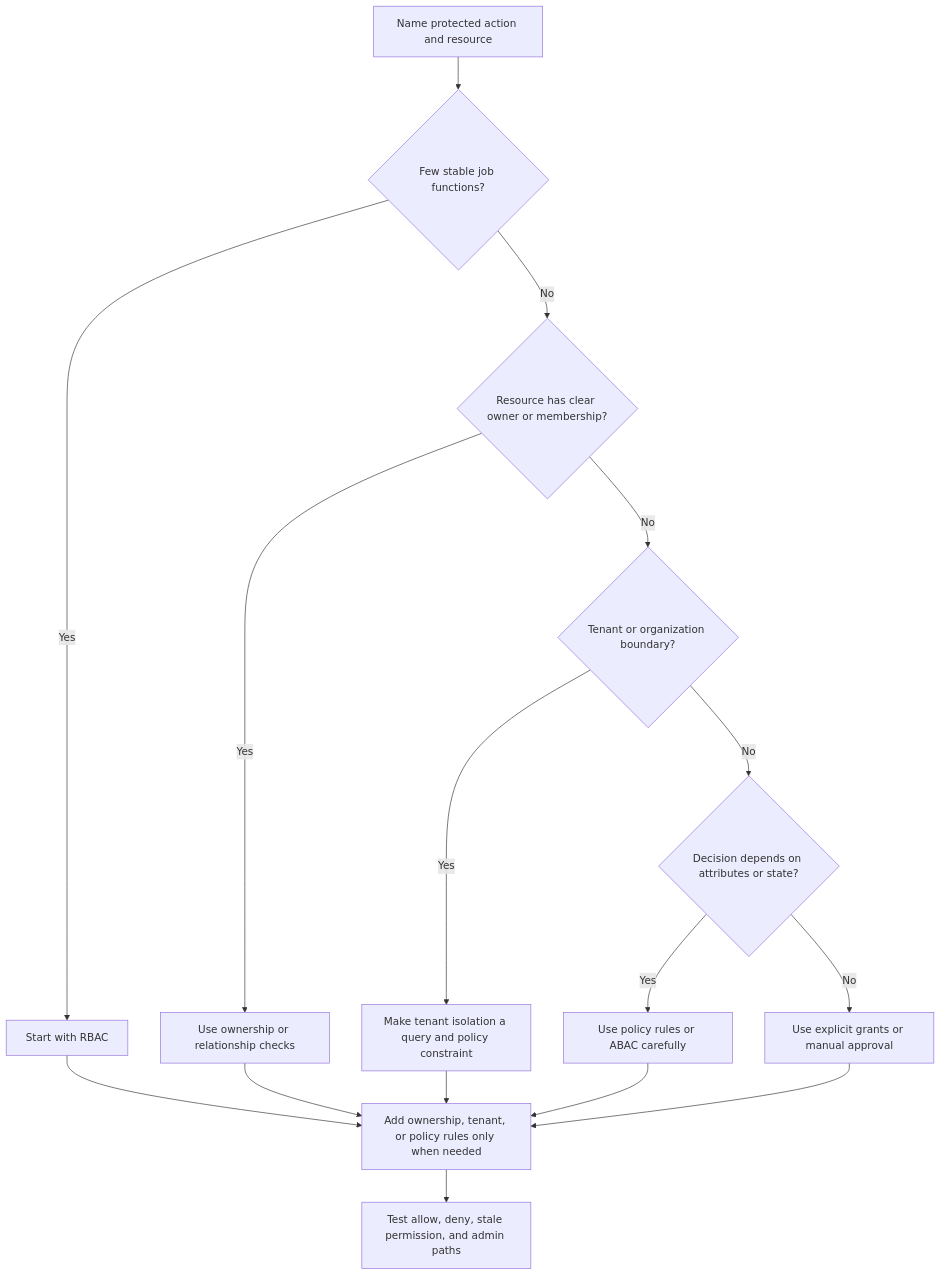
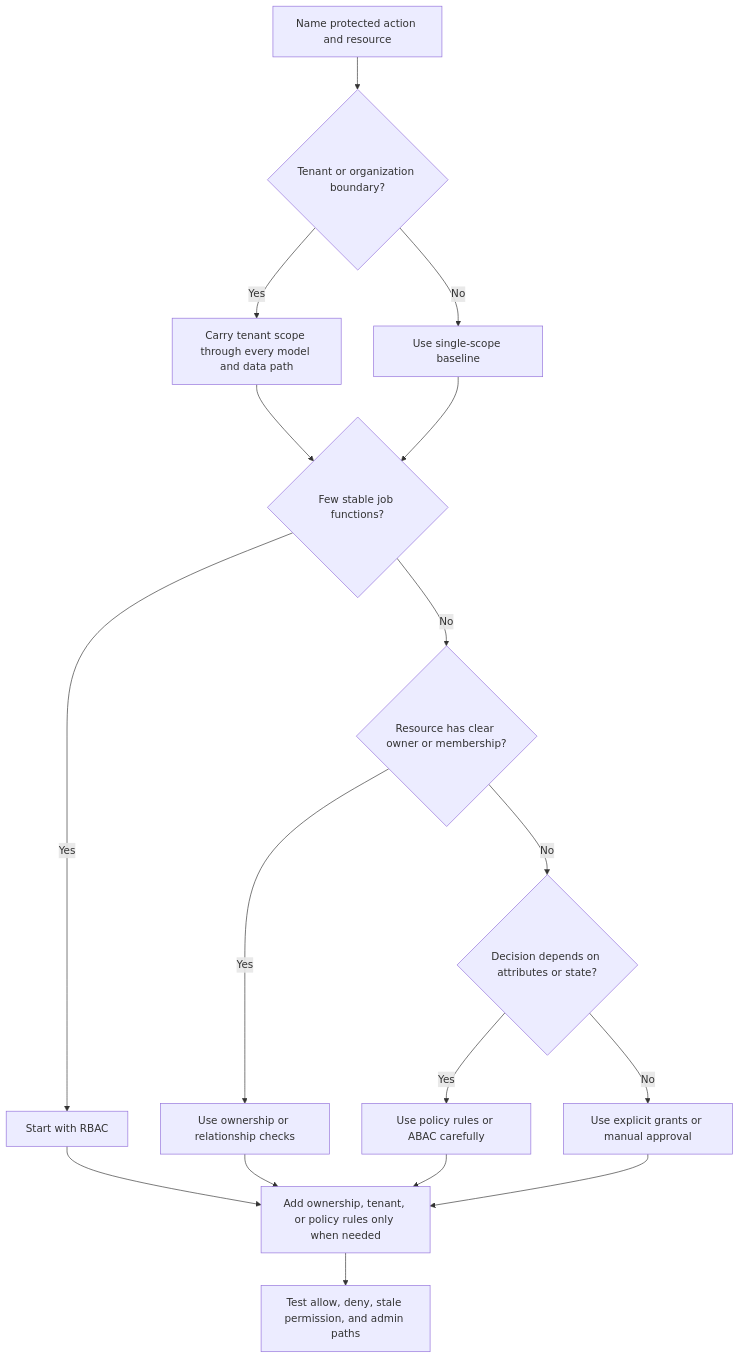
The diagram in docs/security/access-control-models.md (LeonSilva15/system-design), drawn with Mermaid before and after one commit. The commit also changed 1 other file, not shown here.

Commit message:
docs(security): SDC-E09-T04 refine access control review feedback

````diff
--- a/docs/security/access-control-models.md
+++ b/docs/security/access-control-models.md
@@ -57,18 +57,19 @@
 ```mermaid
 flowchart TD
-    A[Name protected action and resource] --> B{Few stable job functions?}
-    B -->|Yes| C[Start with RBAC]
-    B -->|No| D{Resource has clear owner or membership?}
-    D -->|Yes| E[Use ownership or relationship checks]
-    D -->|No| F{Tenant or organization boundary?}
-    F -->|Yes| G[Make tenant isolation a query and policy constraint]
-    F -->|No| H{Decision depends on attributes or state?}
-    H -->|Yes| I[Use policy rules or ABAC carefully]
-    H -->|No| J[Use explicit grants or manual approval]
-    C --> K[Add ownership, tenant, or policy rules only when needed]
-    E --> K
-    G --> K
-    I --> K
-    J --> K
-    K --> L[Test allow, deny, stale permission, and admin paths]
+    A[Name protected action and resource] --> B{Tenant or organization boundary?}
+    B -->|Yes| C[Carry tenant scope through every model and data path]
+    B -->|No| D[Use single-scope baseline]
+    C --> E{Few stable job functions?}
+    D --> E
+    E -->|Yes| F[Start with RBAC]
+    E -->|No| G{Resource has clear owner or membership?}
+    G -->|Yes| H[Use ownership or relationship checks]
+    G -->|No| I{Decision depends on attributes or state?}
+    I -->|Yes| J[Use policy rules or ABAC carefully]
+    I -->|No| K[Use explicit grants or manual approval]
+    F --> L[Add ownership, tenant, or policy rules only when needed]
+    H --> L
+    J --> L
+    K --> L
+    L --> M[Test allow, deny, stale permission, and admin paths]
 ```
````
